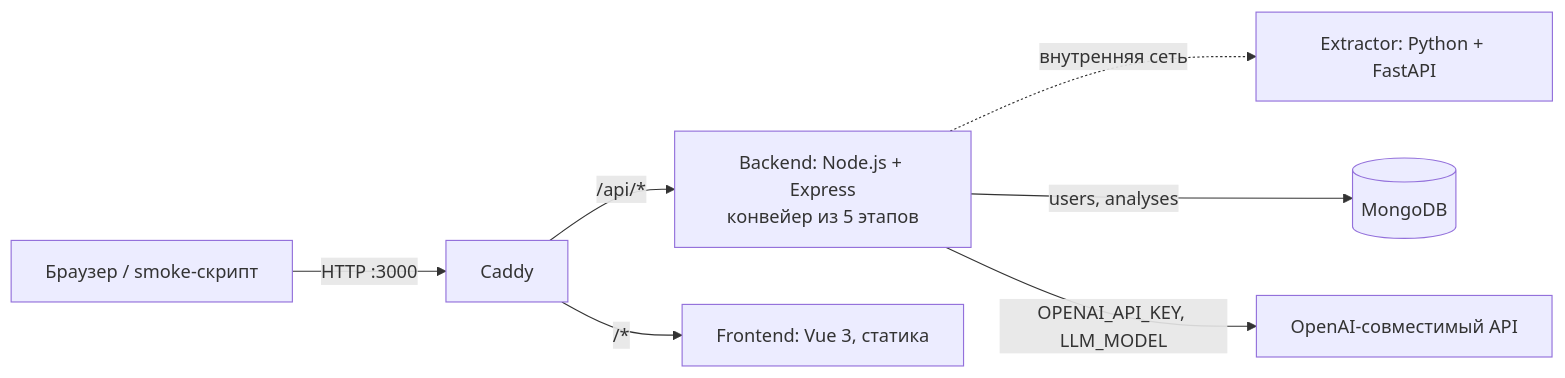
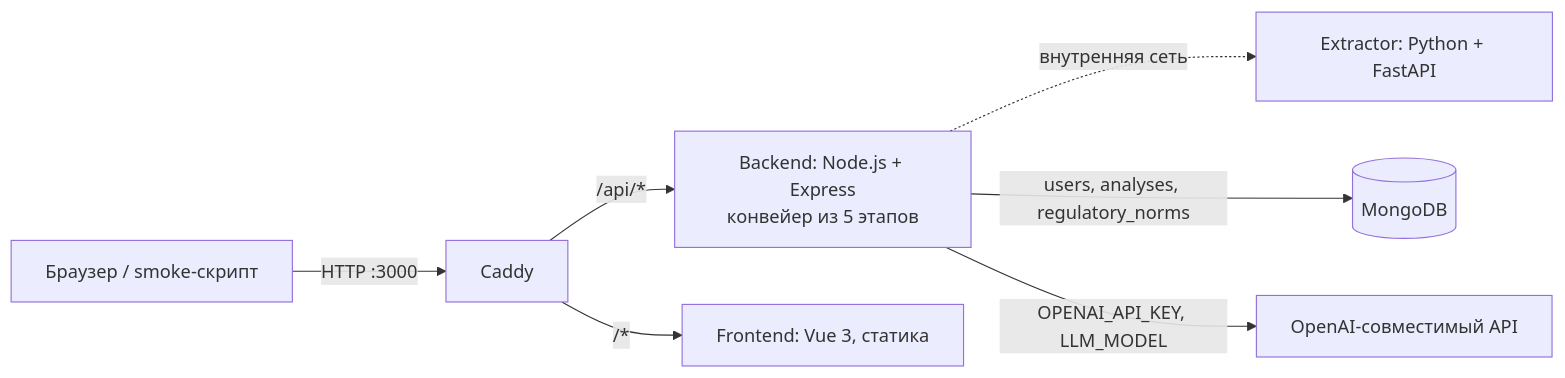
Before and after one commit to BAITC-Hacks/hack-0592591a-optimus: the diagram in README.md, drawn with Mermaid. The commit also changed other lines of this file and 1 other file, not shown here.

````diff
--- a/README.md
+++ b/README.md
@@ -64,9 +76,9 @@
 ```mermaid
 flowchart LR
     user[Браузер / smoke-скрипт] -->|HTTP :3000| caddy[Caddy]
     caddy -->|/api/*| backend[Backend: Node.js + Express<br/>конвейер из 5 этапов]
     caddy -->|/*| frontend[Frontend: Vue 3, статика]
     backend -.->|внутренняя сеть| extractor[Extractor: Python + FastAPI]
-    backend -->|users, analyses| mongo[(MongoDB)]
+    backend -->|users, analyses, regulatory_norms| mongo[(MongoDB)]
     backend -->|OPENAI_API_KEY, LLM_MODEL| llm[OpenAI-совместимый API]
 ```
````
